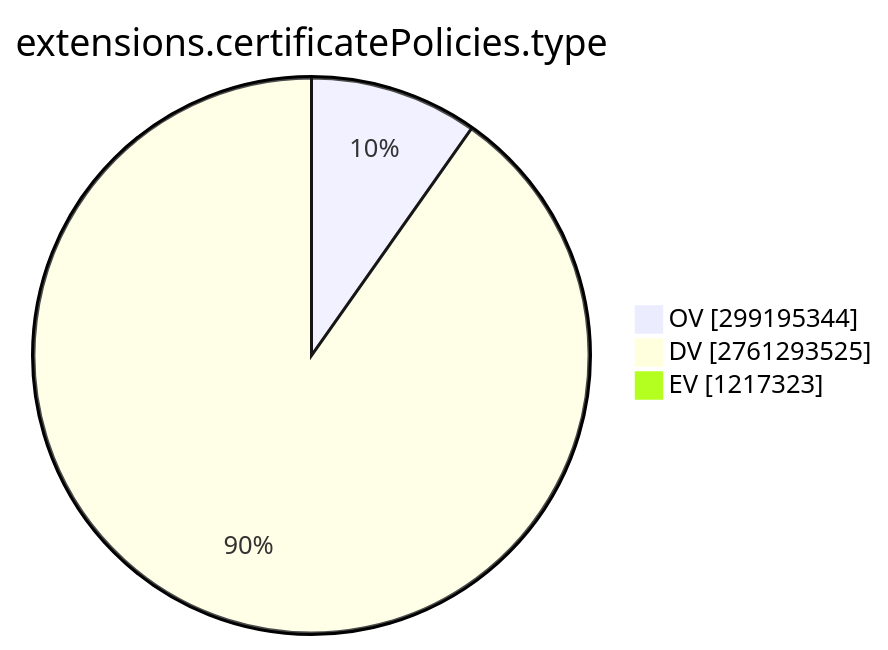
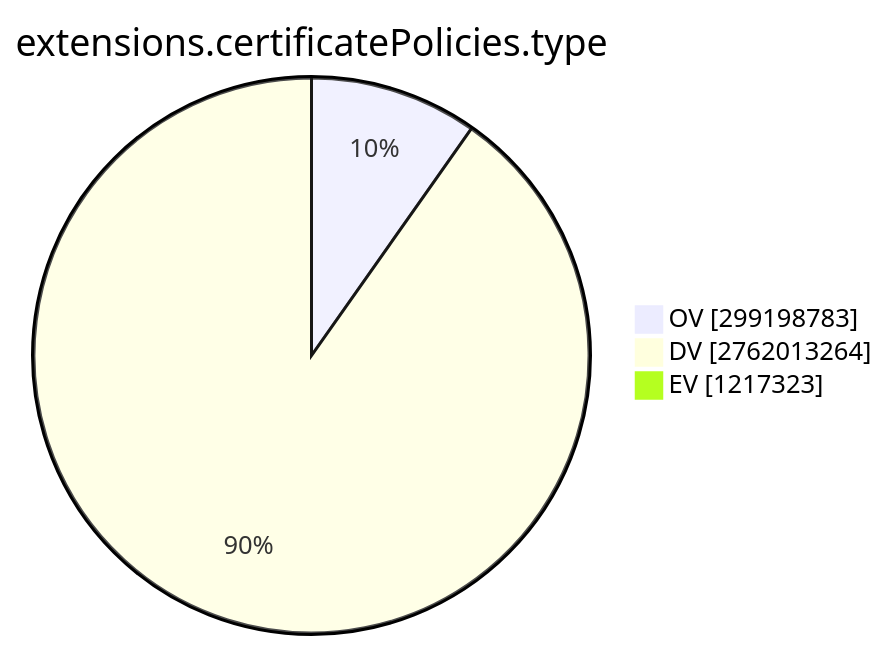
Before and after one commit to christiankrug/ctmonitor_visualization: the ninth of 15 diagrams in TOTAL/README.md, drawn with Mermaid. The commit also changed other lines of this file, not shown here.

````diff
--- a/TOTAL/README.md
+++ b/TOTAL/README.md
@@ -3101,7 +3101,7 @@
 ```mermaid
 pie showData
 title extensions.certificatePolicies.type
-"OV" :299195344
-"DV" :2761293525
+"OV" :299198783
+"DV" :2762013264
 "EV" :1217323
 ```
````
